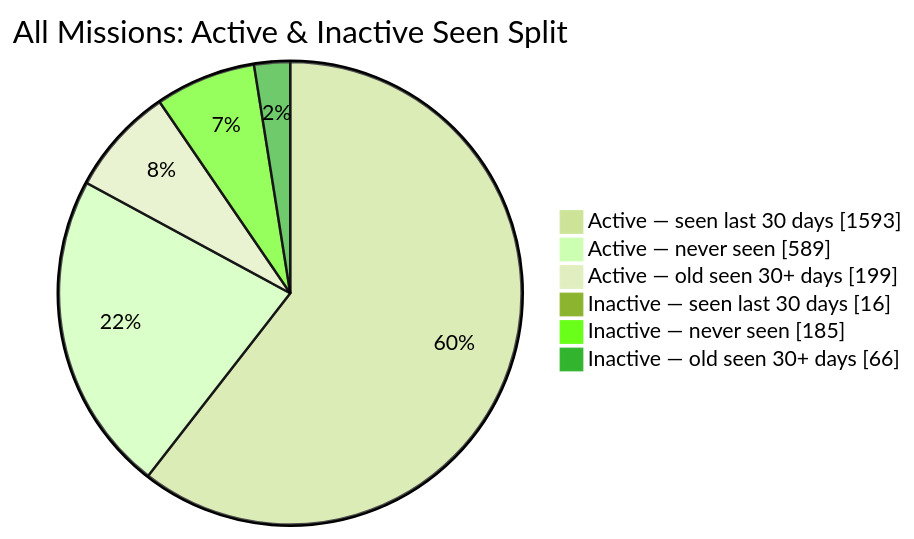
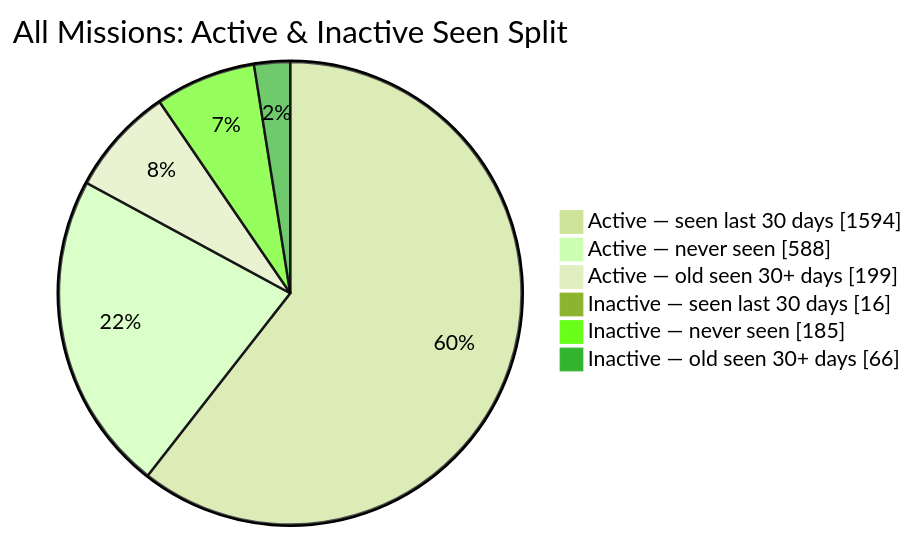
One commit to MeldkamerspelGameTeam/active-missions changed the second of 2 diagrams in README.md. Above: the diagram before and after it, drawn with Mermaid (forest theme). The commit also changed other lines of this file and 3 other files, not shown here.

````diff
--- a/README.md
+++ b/README.md
@@ -44,10 +44,10 @@
 ```mermaid
 pie showData
     title All Missions: Active & Inactive Seen Split
-    "Active — seen last 30 days" : 1593
-    "Active — never seen" : 589
+    "Active — seen last 30 days" : 1594
+    "Active — never seen" : 588
     "Active — old seen 30+ days" : 199
     "Inactive — seen last 30 days" : 16
     "Inactive — never seen" : 185
     "Inactive — old seen 30+ days" : 66
 ```
````
